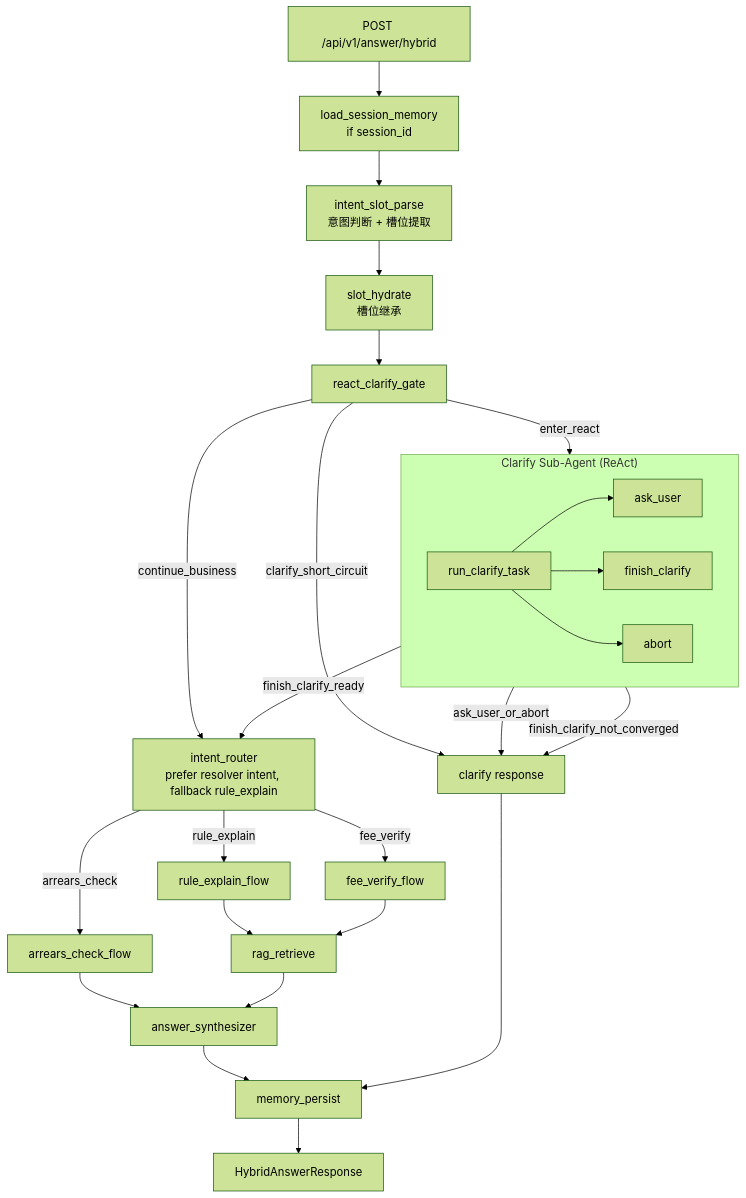
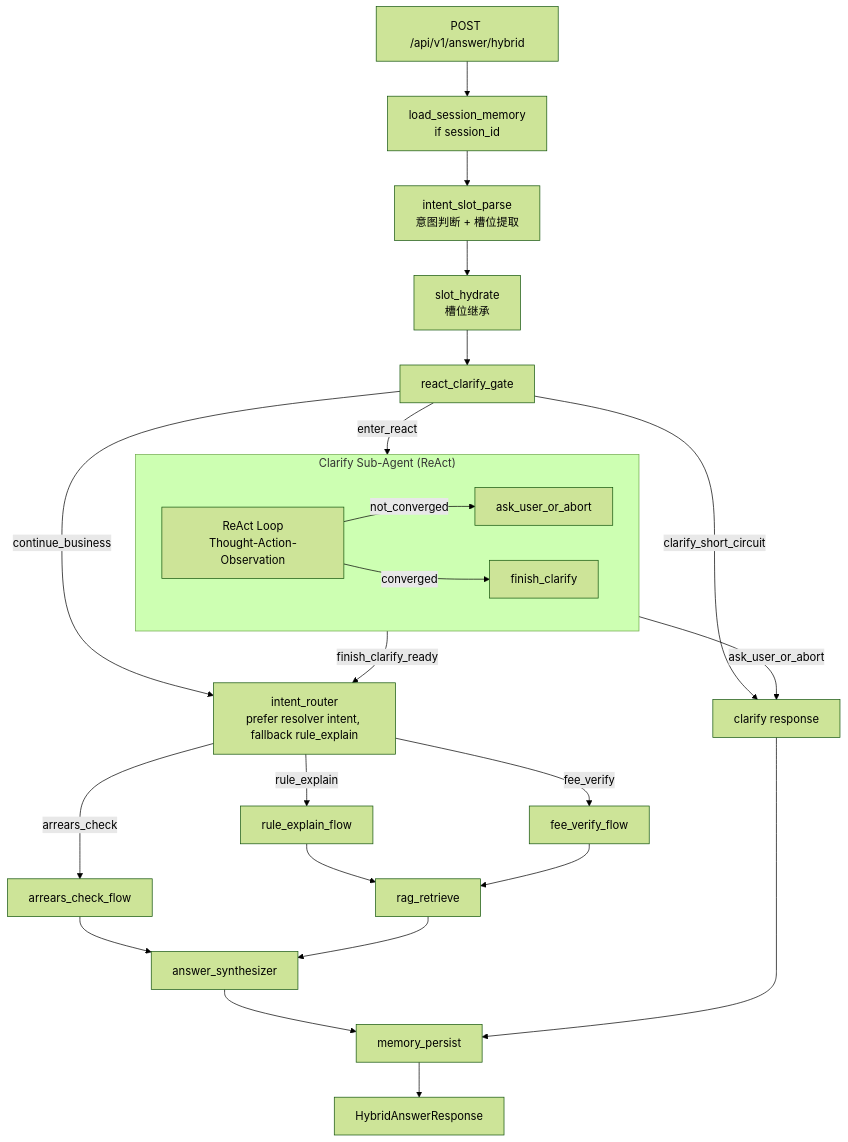
One commit to newgpp/agent-parksuit changed the diagram in README.md. Above: the diagram before and after it, drawn with Mermaid (forest theme). The commit also changed 1 other file, not shown here.

Commit message:
docs: simplify hybrid clarify pipeline diagram and enforce json mode in intent parse

````diff
--- a/README.md
+++ b/README.md
@@ -12,35 +12,32 @@
 ```mermaid
 flowchart TD
     A["POST /api/v1/answer/hybrid"] --> M["load_session_memory<br/>if session_id"]
     M --> P1["intent_slot_parse<br/>意图判断 + 槽位提取"]
     P1 --> P2["slot_hydrate<br/>槽位继承"]
     P2 --> GATE["react_clarify_gate"]
 
     subgraph SA["Clarify Sub-Agent (ReAct)"]
-      R0["run_clarify_task"]
-      R1["ask_user"]
+      R0["ReAct Loop<br/>Thought-Action-Observation"]
+      R1["ask_user_or_abort"]
       R2["finish_clarify"]
-      R3["abort"]
-      R0 --> R1
-      R0 --> R2
-      R0 --> R3
+      R0 -->|not_converged| R1
+      R0 -->|converged| R2
     end
 
     GATE -->|clarify_short_circuit| X["clarify response"]
     GATE -->|enter_react| SA
     SA -->|ask_user_or_abort| X
     SA -->|finish_clarify_ready| B["intent_router<br/>prefer resolver intent, fallback rule_explain"]
-    SA -->|finish_clarify_not_converged| X
     GATE -->|continue_business| B
     B -->|rule_explain| C["rule_explain_flow"]
     B -->|arrears_check| D["arrears_check_flow"]
     B -->|fee_verify| E["fee_verify_flow"]
 
     C --> F["rag_retrieve"]
     E --> F
     D --> SYN["answer_synthesizer"]
     F --> SYN
     SYN --> MP["memory_persist"]
     X --> MP
     MP --> H["HybridAnswerResponse"]
 ```
````
